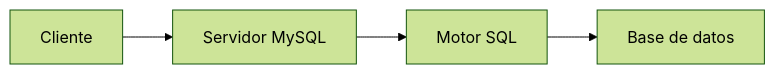
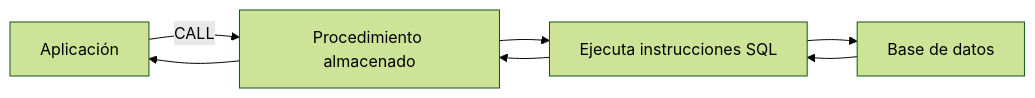
Before and after one commit to Velasco-c/Apuntes-personal: the second of 5 diagrams in MySQL/01-MySQL.md, drawn with Mermaid (forest theme). The commit also changed other lines of this file and 2 other files, not shown here.

````diff
--- a/MySQL/01-MySQL.md
+++ b/MySQL/01-MySQL.md
@@ -470,11 +351,9 @@
-```mermaid id="mysqlarch01"
+```mermaid
 flowchart LR
-
-A[Cliente]
-
---> B[Servidor MySQL]
-
-B --> C[Motor SQL]
-
-C --> D[Base de datos]
+    A[Aplicación] -->|CALL| B[Procedimiento almacenado]
+    B --> C[Ejecuta instrucciones SQL]
+    C --> D[Base de datos]
+    D --> C
+    C --> B
+    B --> A
 ```
````
